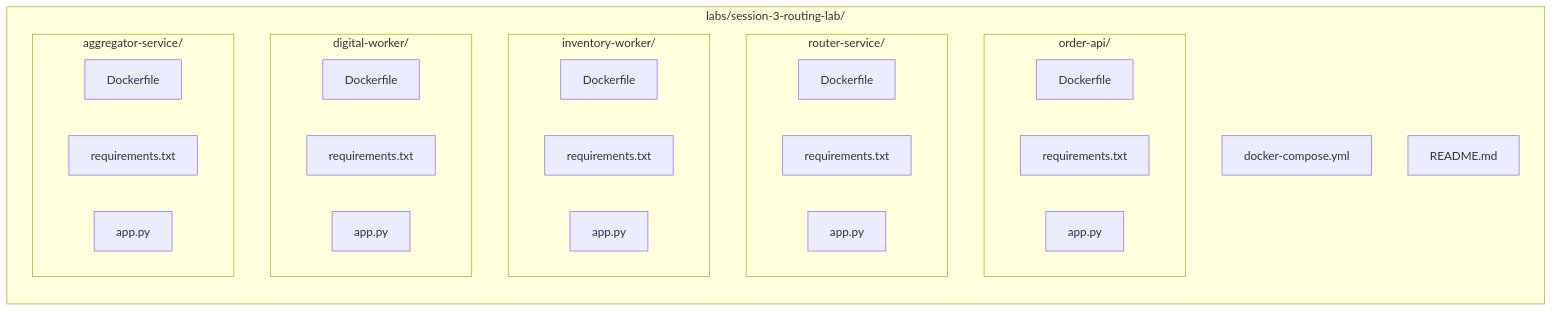
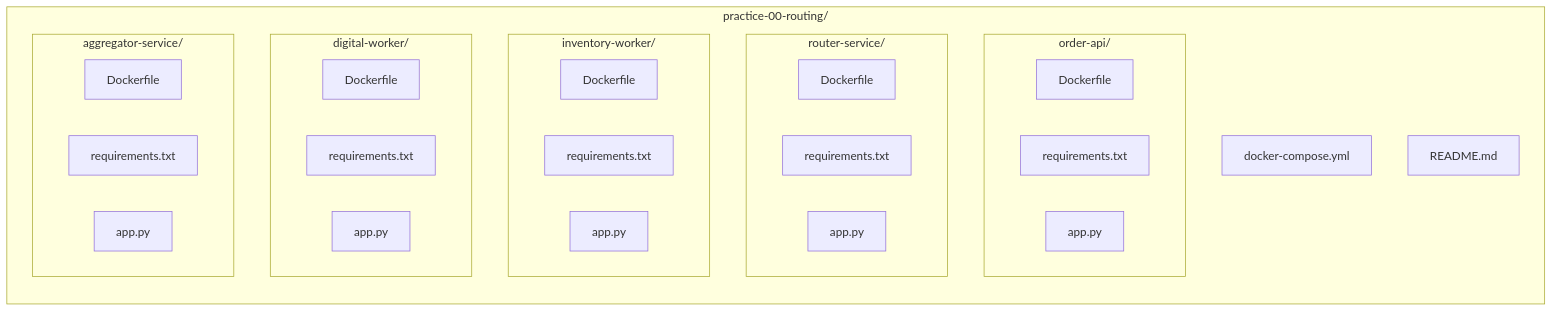
One commit to yegorkt25/turiba-eai-labs changed the second of 2 diagrams in practice-00-routing/README.md. Above: the diagram before and after it, drawn with Mermaid. The commit also changed other lines of this file and 4 other files, not shown here.

````diff
--- a/practice-00-routing/README.md
+++ b/practice-00-routing/README.md
@@ -276,37 +276,37 @@
 ```mermaid
 graph LR
-    subgraph "labs/session-3-routing-lab/"
+    subgraph "practice-00-routing/"
         DC[docker-compose.yml]
         RM[README.md]
         
         subgraph order-api/
             OA1[Dockerfile]
             OA2[requirements.txt]
             OA3[app.py]
         end
         
         subgraph router-service/
             RS1[Dockerfile]
             RS2[requirements.txt]
             RS3[app.py]
         end
         
         subgraph inventory-worker/
             IW1[Dockerfile]
             IW2[requirements.txt]
             IW3[app.py]
         end
         
         subgraph digital-worker/
             DW1[Dockerfile]
             DW2[requirements.txt]
             DW3[app.py]
         end
         
         subgraph aggregator-service/
             AS1[Dockerfile]
             AS2[requirements.txt]
             AS3[app.py]
         end
     end
 ```
````
